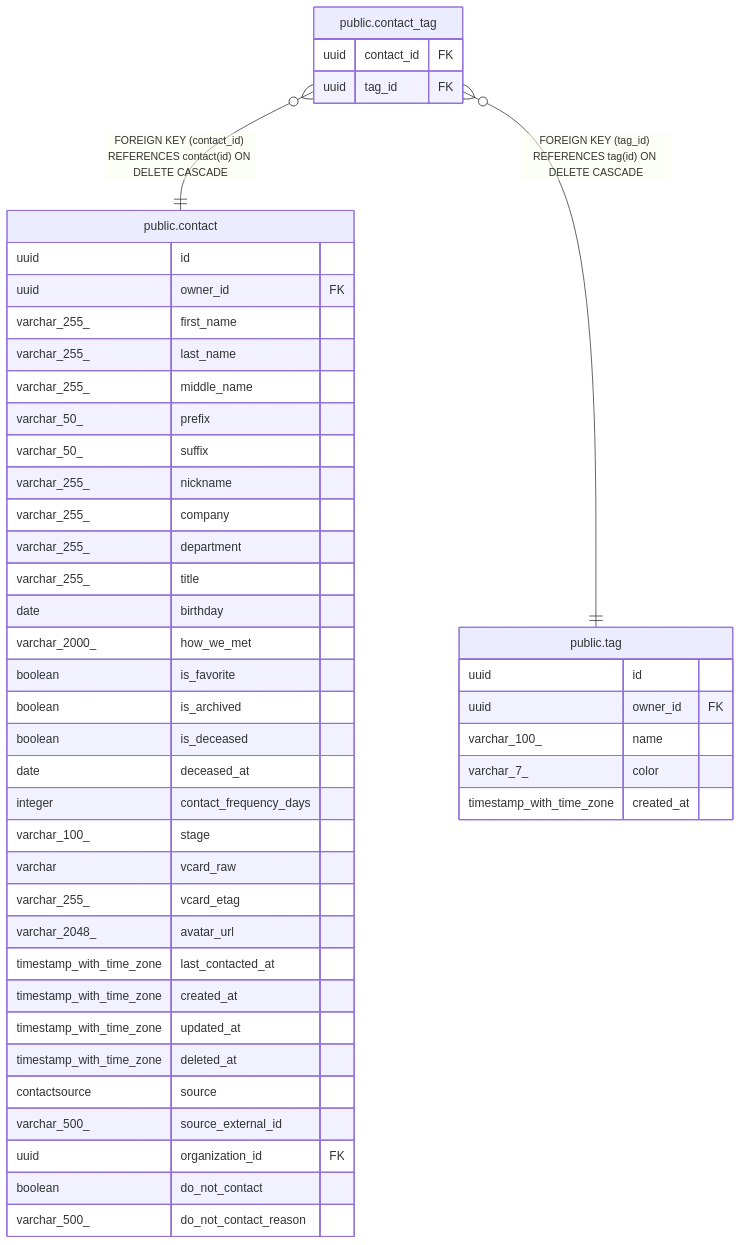
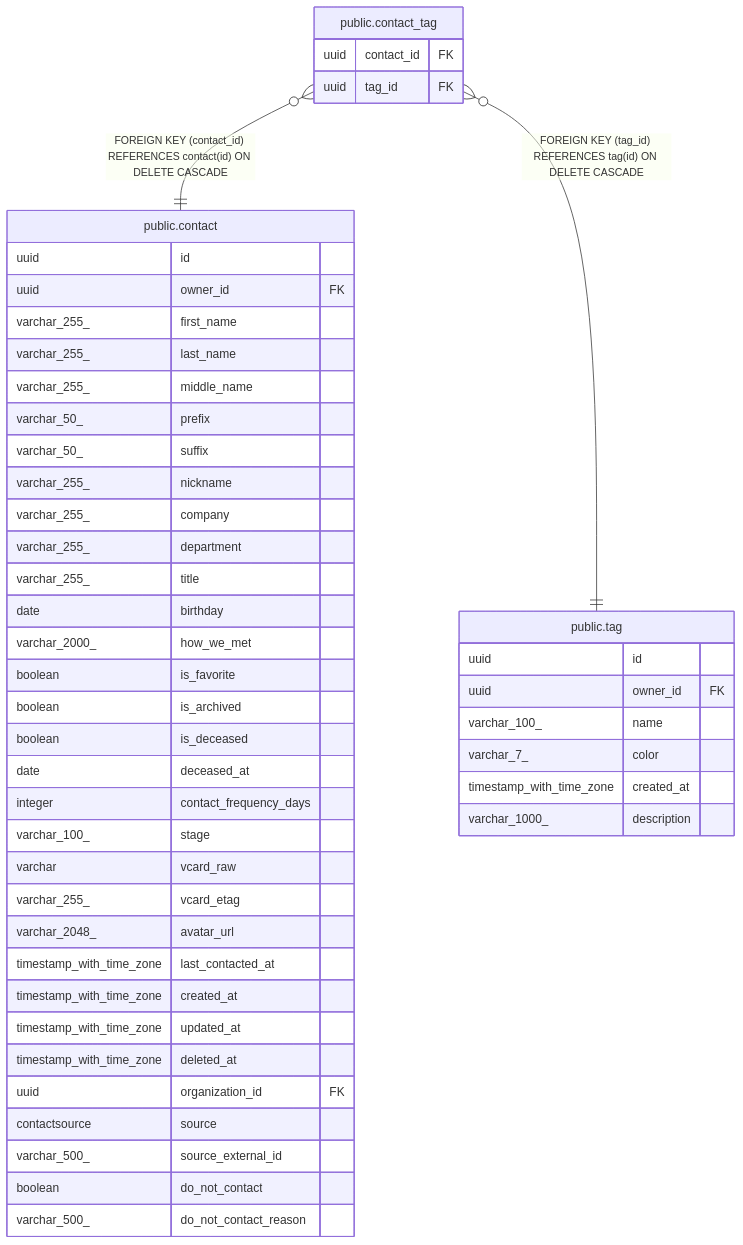
Before and after one commit to pike00/Kindred: the diagram in docs/db/public.contact_tag.md, drawn with Mermaid. The commit also changed 26 other files, not shown here.

````diff
--- a/docs/db/public.contact_tag.md
+++ b/docs/db/public.contact_tag.md
@@ -32,51 +32,52 @@
 ```mermaid
 erDiagram
 
 "public.contact_tag" }o--|| "public.contact" : "FOREIGN KEY (contact_id) REFERENCES contact(id) ON DELETE CASCADE"
 "public.contact_tag" }o--|| "public.tag" : "FOREIGN KEY (tag_id) REFERENCES tag(id) ON DELETE CASCADE"
 
 "public.contact_tag" {
   uuid contact_id FK
   uuid tag_id FK
 }
 "public.contact" {
   uuid id
   uuid owner_id FK
   varchar_255_ first_name
   varchar_255_ last_name
   varchar_255_ middle_name
   varchar_50_ prefix
   varchar_50_ suffix
   varchar_255_ nickname
   varchar_255_ company
   varchar_255_ department
   varchar_255_ title
   date birthday
   varchar_2000_ how_we_met
   boolean is_favorite
   boolean is_archived
   boolean is_deceased
   date deceased_at
   integer contact_frequency_days
   varchar_100_ stage
   varchar vcard_raw
   varchar_255_ vcard_etag
   varchar_2048_ avatar_url
   timestamp_with_time_zone last_contacted_at
   timestamp_with_time_zone created_at
   timestamp_with_time_zone updated_at
   timestamp_with_time_zone deleted_at
+  uuid organization_id FK
   contactsource source
   varchar_500_ source_external_id
-  uuid organization_id FK
   boolean do_not_contact
   varchar_500_ do_not_contact_reason
 }
 "public.tag" {
   uuid id
   uuid owner_id FK
   varchar_100_ name
   varchar_7_ color
   timestamp_with_time_zone created_at
+  varchar_1000_ description
 }
 ```
````
